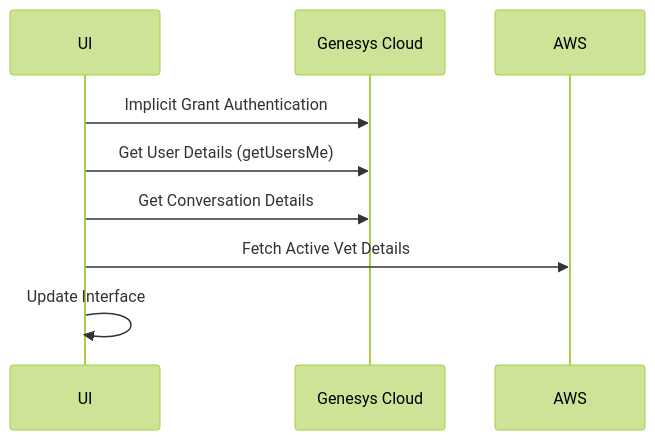
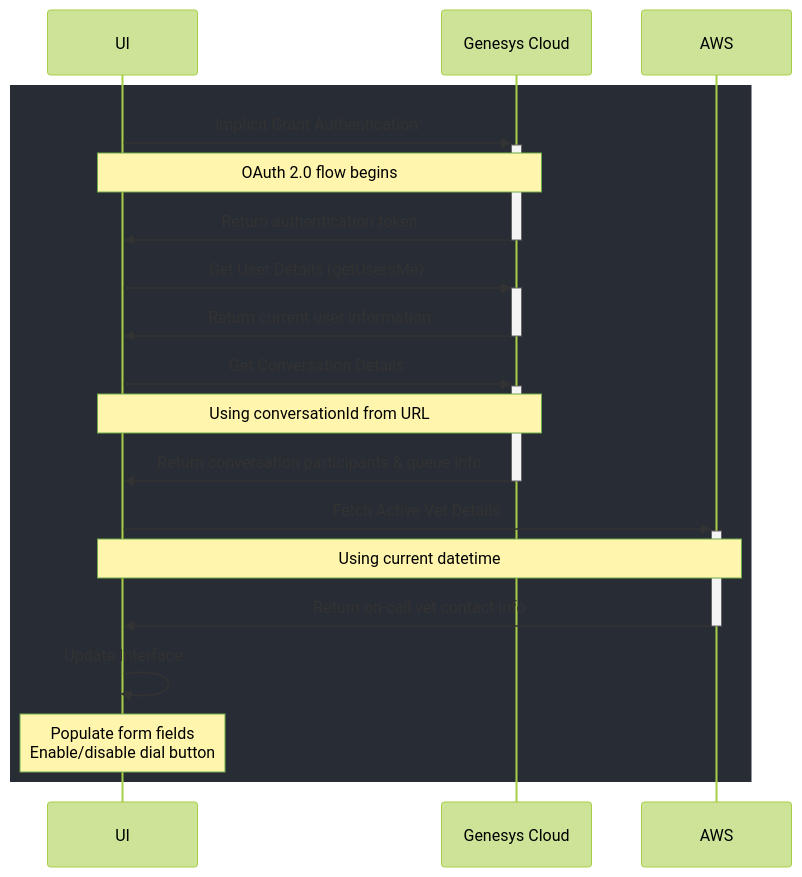
One commit to DOAGenesys/GC_interaction_viewer changed the diagram in README.md. Above: the diagram before and after it, drawn with Mermaid (forest theme).

````diff
--- a/README.md
+++ b/README.md
@@ -34,12 +34,27 @@
 ```mermaid
 sequenceDiagram
-    participant UI
+    participant UI as UI
     participant GC as Genesys Cloud
-    participant AWS
+    participant AWS as AWS
     
-    UI->>GC: Implicit Grant Authentication
-    UI->>GC: Get User Details (getUsersMe)
-    UI->>GC: Get Conversation Details
-    UI->>AWS: Fetch Active Vet Details
-    UI->>UI: Update Interface
+    %% Using bright colors and solid lines for better visibility
+    rect rgb(40, 44, 52)
+        UI->>+GC: Implicit Grant Authentication
+        Note over UI,GC: OAuth 2.0 flow begins
+        GC->>-UI: Return authentication token
+        
+        UI->>+GC: Get User Details (getUsersMe)
+        GC->>-UI: Return current user information
+        
+        UI->>+GC: Get Conversation Details
+        Note over UI,GC: Using conversationId from URL
+        GC->>-UI: Return conversation participants & queue info
+        
+        UI->>+AWS: Fetch Active Vet Details
+        Note over UI,AWS: Using current datetime
+        AWS->>-UI: Return on-call vet contact info
+        
+        UI->>UI: Update Interface
+        Note over UI: Populate form fields<br/>Enable/disable dial button
+    end
 ```
````
